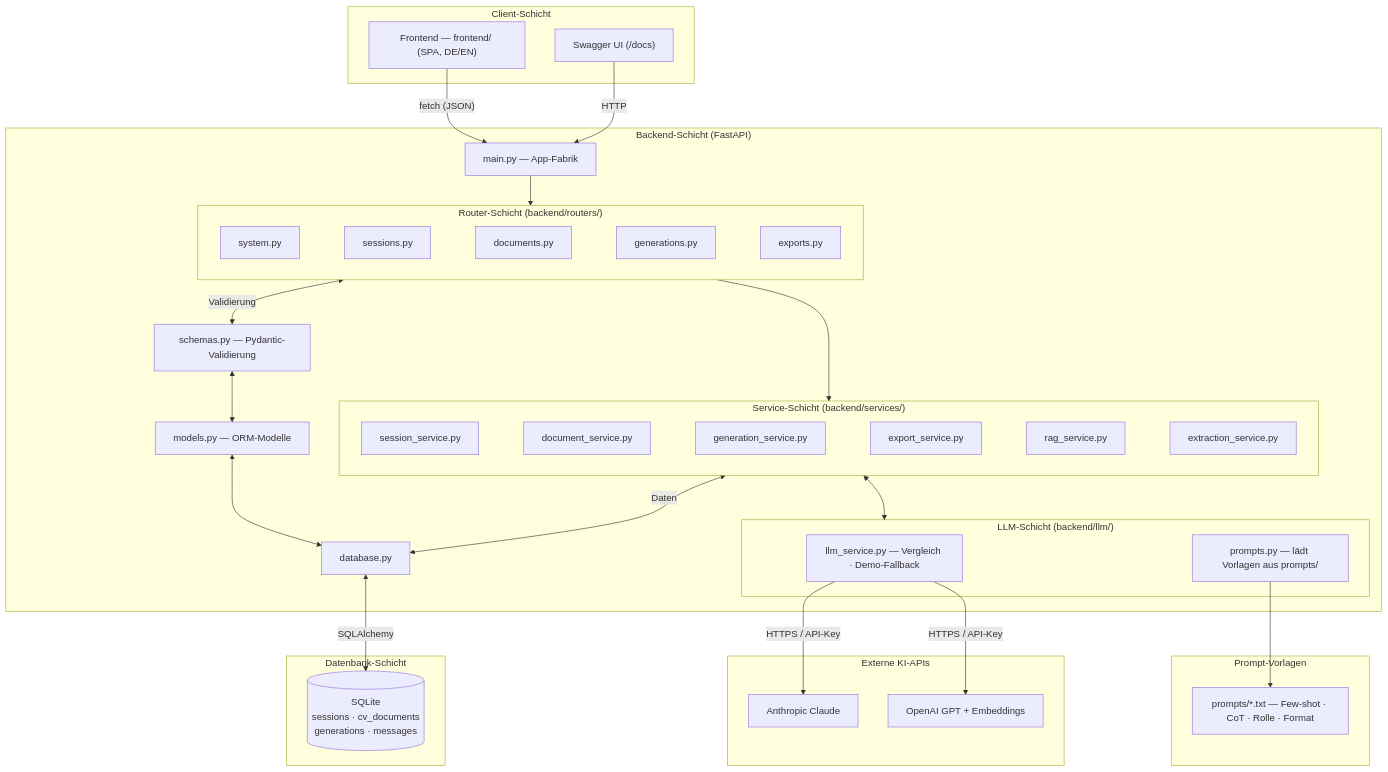
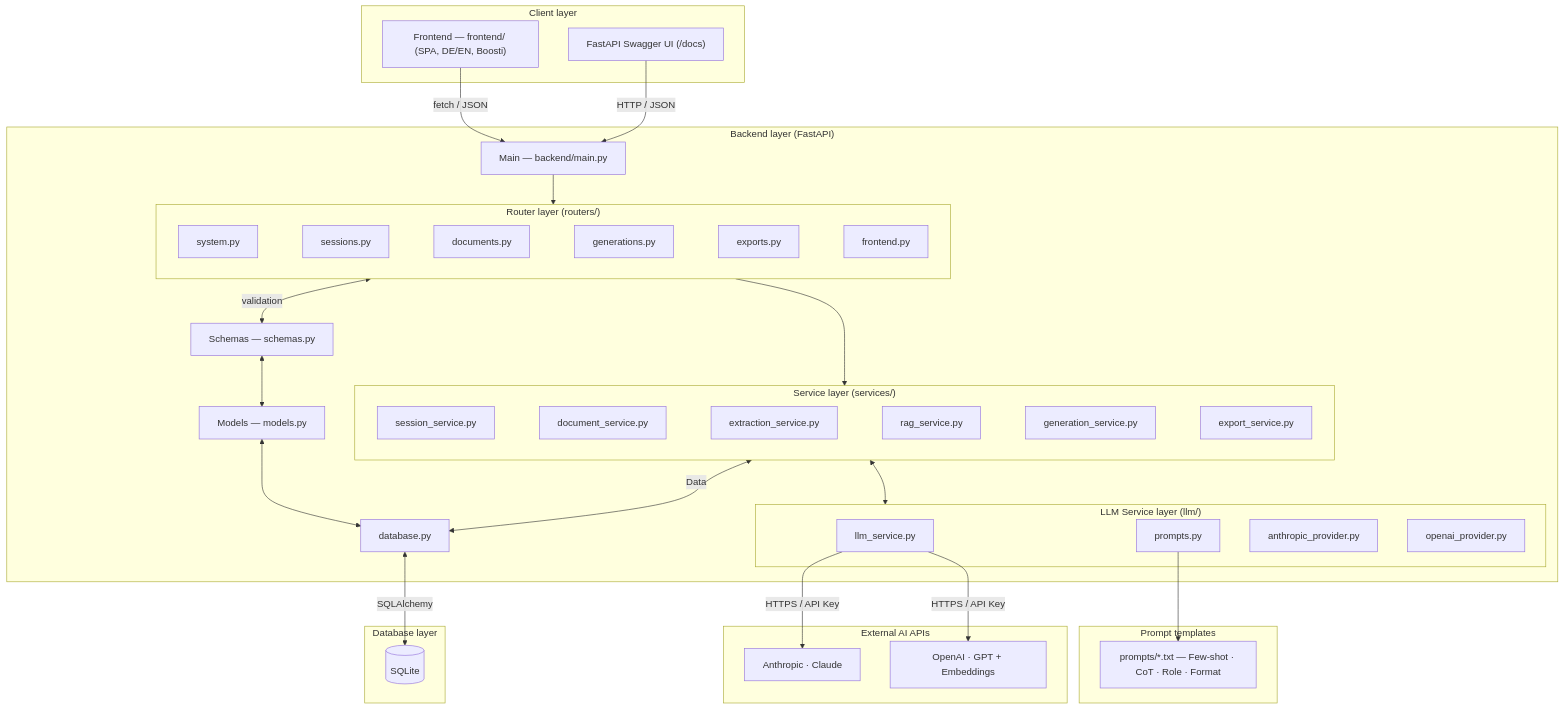
Before and after one commit to Kastriottafolli/Lebenslauf-Boost-AI: the first of 3 diagrams in README.md, drawn with Mermaid. The commit also changed other lines of this file and 3 other files, not shown here.

First line of the commit message:
Architektur im Dengwa-AI-Stil: Mermaid-Diagramme in diagrams/

````diff
--- a/README.md
+++ b/README.md
@@ -218,75 +209,79 @@
 ```mermaid
 graph TB
-    subgraph Client["Client-Schicht"]
-        UI["Frontend — frontend/ (SPA, DE/EN)"]
-        Swagger["Swagger UI (/docs)"]
+    subgraph Client["Client layer"]
+        UI["Frontend — frontend/ (SPA, DE/EN, Boosti)"]
+        Swagger["FastAPI Swagger UI (/docs)"]
     end
 
-    subgraph Backend["Backend-Schicht (FastAPI)"]
-        Main["main.py — App-Fabrik"]
-        Schemas["schemas.py — Pydantic-Validierung"]
-        Models["models.py — ORM-Modelle"]
+    subgraph Backend["Backend layer (FastAPI)"]
+        Controller["Main — backend/main.py"]
+        Schemas["Schemas — schemas.py"]
+        Models["Models — models.py"]
         Database["database.py"]
 
-        subgraph Routers["Router-Schicht (backend/routers/)"]
+        subgraph Routers["Router layer (routers/)"]
             direction LR
-            R1["system.py"]
-            R2["sessions.py"]
-            R3["documents.py"]
-            R4["generations.py"]
-            R5["exports.py"]
-            R1 ~~~ R2
-            R2 ~~~ R3
-            R3 ~~~ R4
-            R4 ~~~ R5
+            SystemRouter["system.py"]
+            SessionRouter["sessions.py"]
+            DocumentRouter["documents.py"]
+            GenerationRouter["generations.py"]
+            ExportRouter["exports.py"]
+            FrontendRouter["frontend.py"]
+            SystemRouter ~~~ SessionRouter
+            SessionRouter ~~~ DocumentRouter
+            DocumentRouter ~~~ GenerationRouter
+            GenerationRouter ~~~ ExportRouter
+            ExportRouter ~~~ FrontendRouter
         end
 
-        subgraph Services["Service-Schicht (backend/services/)"]
+        subgraph Services["Service layer (services/)"]
             direction LR
-            S1["session_service.py"]
-            S2["document_service.py"]
-            S3["generation_service.py"]
-            S4["export_service.py"]
-            S5["rag_service.py"]
-            S6["extraction_service.py"]
-            S1 ~~~ S2
-            S2 ~~~ S3
-            S3 ~~~ S4
-            S4 ~~~ S5
-            S5 ~~~ S6
+            SessionSvc["session_service.py"]
+            DocumentSvc["document_service.py"]
+            ExtractionSvc["extraction_service.py"]
+            RagSvc["rag_service.py"]
+            GenerationSvc["generation_service.py"]
+            ExportSvc["export_service.py"]
+            SessionSvc ~~~ DocumentSvc
+            DocumentSvc ~~~ ExtractionSvc
+            ExtractionSvc ~~~ RagSvc
+            RagSvc ~~~ GenerationSvc
+            GenerationSvc ~~~ ExportSvc
         end
 
-        subgraph LLM["LLM-Schicht (backend/llm/)"]
-            LSVC["llm_service.py — Vergleich · Demo-Fallback"]
-            PR["prompts.py — lädt Vorlagen aus prompts/"]
+        subgraph LLMServices["LLM Service layer (llm/)"]
+            LLM["llm_service.py"]
+            Prompts["prompts.py"]
+            Anthropic["anthropic_provider.py"]
+            OpenAIProvider["openai_provider.py"]
         end
 
-        Main --> Routers
-        Routers <-->|Validierung| Schemas
+        Controller --> Routers
+        Routers <-->|validation| Schemas
+        Services <-->|Data| Database
         Routers --> Services
-        Services <--> LLM
-        Services <-->|Daten| Database
-        Schemas <--> Models
-        Models <--> Database
+        Services <--> LLMServices
     end
 
-    subgraph Vorlagen["Prompt-Vorlagen"]
-        PT["prompts/*.txt — Few-shot · CoT · Rolle · Format"]
+    subgraph PromptFiles["Prompt templates"]
+        PT["prompts/*.txt — Few-shot · CoT · Role · Format"]
     end
 
-    subgraph DB["Datenbank-Schicht"]
-        SQLITE[("SQLite<br/>sessions · cv_documents<br/>generations · messages")]
+    subgraph DB["Database layer"]
+        SQLite[("SQLite")]
     end
 
-    subgraph AI["Externe KI-APIs"]
-        CL["Anthropic Claude"]
-        OA["OpenAI GPT + Embeddings"]
+    subgraph AI["External AI APIs"]
+        Claude["Anthropic · Claude"]
+        OpenAI["OpenAI · GPT + Embeddings"]
     end
 
-    UI -->|"fetch (JSON)"| Main
-    Swagger -->|HTTP| Main
-    PR --> PT
-    LSVC -->|HTTPS / API-Key| CL
-    LSVC -->|HTTPS / API-Key| OA
-    Database <-->|SQLAlchemy| SQLITE
+    UI -->|fetch / JSON| Controller
+    Swagger -->|HTTP / JSON| Controller
+    Prompts --> PT
+    LLM -->|HTTPS / API Key| Claude
+    LLM -->|HTTPS / API Key| OpenAI
+    Schemas <--> Models
+    Models <--> Database
+    Database <-->|SQLAlchemy| SQLite
 ```
````
